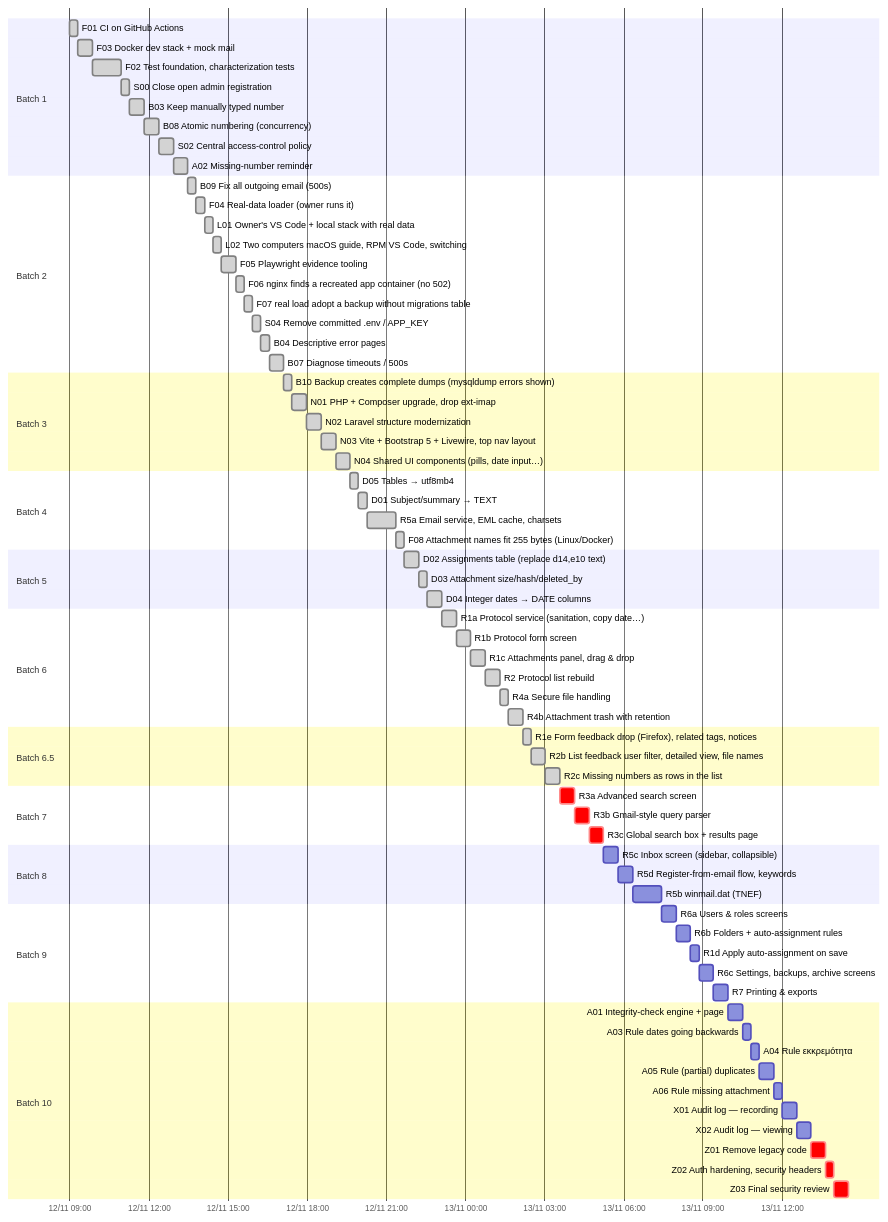
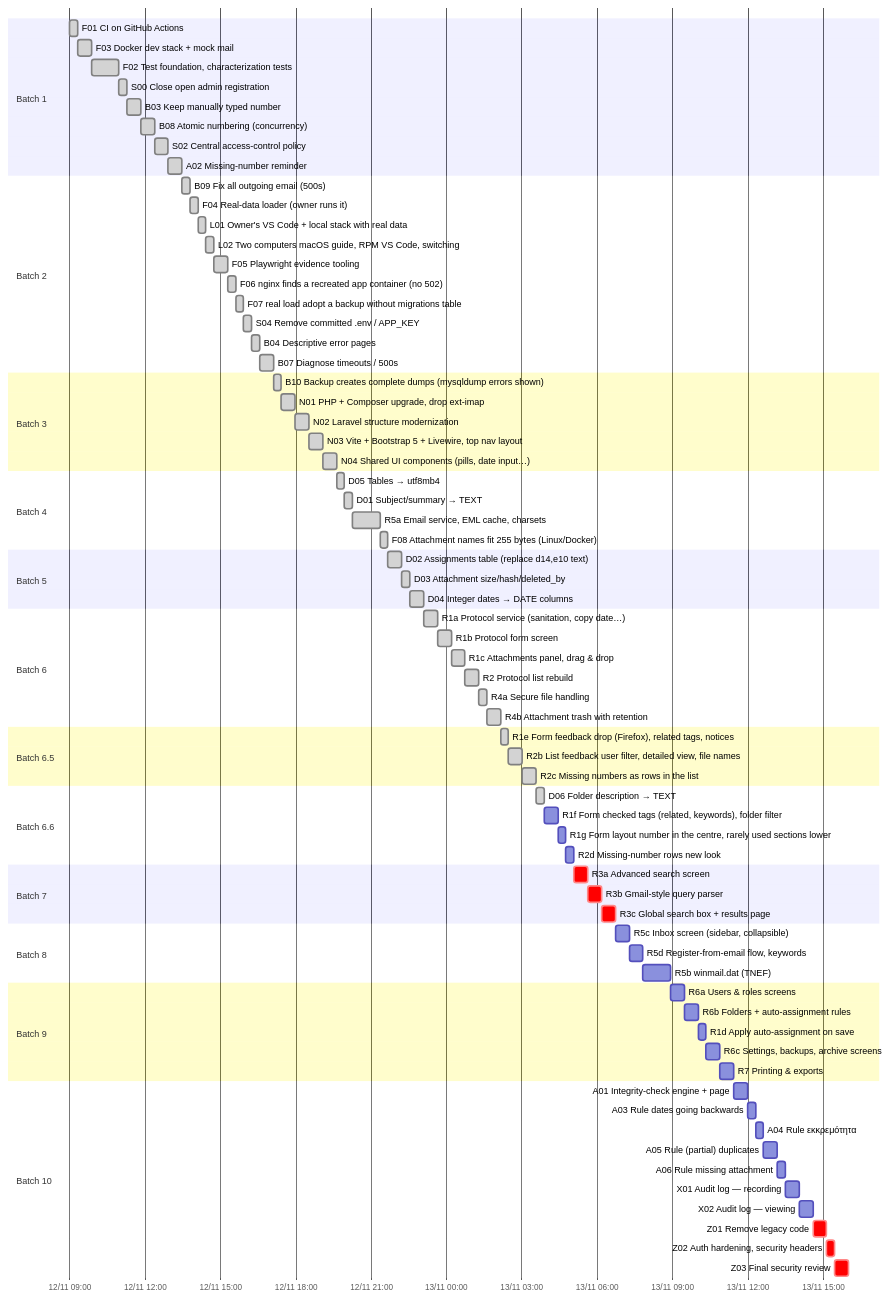
One commit to dipelaserasmus-del/electronic_protocol changed the second of 2 diagrams in docs/plan/PROGRESS.md. Above: the diagram before and after it, drawn with Mermaid. The commit also changed other lines of this file and 7 other files, not shown here.

First line of the commit message:
D06: folder description and remarks → TEXT; folders page keeps text as typed

````diff
--- a/docs/plan/PROGRESS.md
+++ b/docs/plan/PROGRESS.md
@@ -213,77 +223,82 @@
 ```mermaid
 gantt
   dateFormat YYYY-MM-DD HH:mm
   axisFormat %d/%m %H:%M
   todayMarker off
   section Batch 1
   F01 CI on GitHub Actions :done, f01, 2026-11-12 09:00, 19m
   F03 Docker dev stack + mock mail :done, f03, 2026-11-12 09:19, 33m
   F02 Test foundation, characterization tests :done, f02, 2026-11-12 09:52, 66m
   S00 Close open admin registration :done, s00, 2026-11-12 10:58, 19m
   B03 Keep manually typed number :done, b03, 2026-11-12 11:17, 33m
   B08 Atomic numbering (concurrency) :done, b08, 2026-11-12 11:50, 33m
   S02 Central access-control policy :done, s02, 2026-11-12 12:23, 33m
   A02 Missing-number reminder :done, a02, 2026-11-12 12:56, 33m
   section Batch 2
   B09 Fix all outgoing email (500s) :done, b09, 2026-11-12 13:29, 19m
   F04 Real-data loader (owner runs it) :done, f04, 2026-11-12 13:48, 19m
   L01 Owner's VS Code + local stack with real data :done, l01, 2026-11-12 14:07, 19m
   L02 Two computers  macOS guide, RPM VS Code, switching :done, l02, 2026-11-12 14:26, 19m
   F05 Playwright evidence tooling :done, f05, 2026-11-12 14:45, 33m
   F06 nginx finds a recreated app container (no 502) :done, f06, 2026-11-12 15:18, 19m
   F07 real load  adopt a backup without migrations table :done, f07, 2026-11-12 15:37, 19m
   S04 Remove committed .env / APP_KEY :done, s04, 2026-11-12 15:56, 19m
   B04 Descriptive error pages :done, b04, 2026-11-12 16:15, 19m
   B07 Diagnose timeouts / 500s :done, b07, 2026-11-12 16:34, 33m
   section Batch 3
   B10 Backup creates complete dumps (mysqldump errors shown) :done, b10, 2026-11-12 17:07, 19m
   N01 PHP + Composer upgrade, drop ext-imap :done, n01, 2026-11-12 17:26, 33m
   N02 Laravel structure modernization :done, n02, 2026-11-12 17:59, 33m
   N03 Vite + Bootstrap 5 + Livewire, top nav layout :done, n03, 2026-11-12 18:32, 33m
   N04 Shared UI components (pills, date input…) :done, n04, 2026-11-12 19:05, 33m
   section Batch 4
   D05 Tables → utf8mb4 :done, d05, 2026-11-12 19:38, 19m
   D01 Subject/summary → TEXT :done, d01, 2026-11-12 19:57, 19m
   R5a Email service, EML cache, charsets :done, r5a, 2026-11-12 20:16, 66m
   F08 Attachment names fit 255 bytes (Linux/Docker) :done, f08, 2026-11-12 21:22, 19m
   section Batch 5
   D02 Assignments table (replace d14,e10 text) :done, d02, 2026-11-12 21:41, 33m
   D03 Attachment size/hash/deleted_by :done, d03, 2026-11-12 22:14, 19m
   D04 Integer dates → DATE columns :done, d04, 2026-11-12 22:33, 33m
   section Batch 6
   R1a Protocol service (sanitation, copy date…) :done, r1a, 2026-11-12 23:06, 33m
   R1b Protocol form screen :done, r1b, 2026-11-12 23:39, 33m
   R1c Attachments panel, drag & drop :done, r1c, 2026-11-13 00:12, 33m
   R2 Protocol list rebuild :done, r2, 2026-11-13 00:45, 33m
   R4a Secure file handling :done, r4a, 2026-11-13 01:18, 19m
   R4b Attachment trash with retention :done, r4b, 2026-11-13 01:37, 33m
   section Batch 6.5
   R1e Form feedback  drop (Firefox), related tags, notices :done, r1e, 2026-11-13 02:10, 19m
   R2b List feedback  user filter, detailed view, file names :done, r2b, 2026-11-13 02:29, 33m
   R2c Missing numbers as rows in the list :done, r2c, 2026-11-13 03:02, 33m
+  section Batch 6.6
+  D06 Folder description → TEXT :done, d06, 2026-11-13 03:35, 19m
+  R1f Form  checked tags (related, keywords), folder filter :r1f, 2026-11-13 03:54, 33m
+  R1g Form layout  number in the centre, rarely used sections lower :r1g, 2026-11-13 04:27, 19m
+  R2d Missing-number rows  new look :r2d, 2026-11-13 04:46, 19m
   section Batch 7
-  R3a Advanced search screen :crit, r3a, 2026-11-13 03:35, 33m
-  R3b Gmail-style query parser :crit, r3b, 2026-11-13 04:08, 33m
-  R3c Global search box + results page :crit, r3c, 2026-11-13 04:41, 33m
+  R3a Advanced search screen :crit, r3a, 2026-11-13 05:05, 33m
+  R3b Gmail-style query parser :crit, r3b, 2026-11-13 05:38, 33m
+  R3c Global search box + results page :crit, r3c, 2026-11-13 06:11, 33m
   section Batch 8
-  R5c Inbox screen (sidebar, collapsible) :r5c, 2026-11-13 05:14, 33m
-  R5d Register-from-email flow, keywords :r5d, 2026-11-13 05:47, 33m
-  R5b winmail.dat (TNEF) :r5b, 2026-11-13 06:20, 66m
+  R5c Inbox screen (sidebar, collapsible) :r5c, 2026-11-13 06:44, 33m
+  R5d Register-from-email flow, keywords :r5d, 2026-11-13 07:17, 33m
+  R5b winmail.dat (TNEF) :r5b, 2026-11-13 07:50, 66m
   section Batch 9
-  R6a Users & roles screens :r6a, 2026-11-13 07:26, 33m
-  R6b Folders + auto-assignment rules :r6b, 2026-11-13 07:59, 33m
-  R1d Apply auto-assignment on save :r1d, 2026-11-13 08:32, 19m
-  R6c Settings, backups, archive screens :r6c, 2026-11-13 08:51, 33m
-  R7 Printing & exports :r7, 2026-11-13 09:24, 33m
+  R6a Users & roles screens :r6a, 2026-11-13 08:56, 33m
+  R6b Folders + auto-assignment rules :r6b, 2026-11-13 09:29, 33m
+  R1d Apply auto-assignment on save :r1d, 2026-11-13 10:02, 19m
+  R6c Settings, backups, archive screens :r6c, 2026-11-13 10:21, 33m
+  R7 Printing & exports :r7, 2026-11-13 10:54, 33m
   section Batch 10
-  A01 Integrity-check engine + page :a01, 2026-11-13 09:57, 33m
-  A03 Rule  dates going backwards :a03, 2026-11-13 10:30, 19m
-  A04 Rule  εκκρεμότητα :a04, 2026-11-13 10:49, 19m
-  A05 Rule  (partial) duplicates :a05, 2026-11-13 11:08, 33m
-  A06 Rule  missing attachment :a06, 2026-11-13 11:41, 19m
-  X01 Audit log — recording :x01, 2026-11-13 12:00, 33m
-  X02 Audit log — viewing :x02, 2026-11-13 12:33, 33m
-  Z01 Remove legacy code :crit, z01, 2026-11-13 13:06, 33m
-  Z02 Auth hardening, security headers :crit, z02, 2026-11-13 13:39, 19m
-  Z03 Final security review :crit, z03, 2026-11-13 13:58, 33m
+  A01 Integrity-check engine + page :a01, 2026-11-13 11:27, 33m
+  A03 Rule  dates going backwards :a03, 2026-11-13 12:00, 19m
+  A04 Rule  εκκρεμότητα :a04, 2026-11-13 12:19, 19m
+  A05 Rule  (partial) duplicates :a05, 2026-11-13 12:38, 33m
+  A06 Rule  missing attachment :a06, 2026-11-13 13:11, 19m
+  X01 Audit log — recording :x01, 2026-11-13 13:30, 33m
+  X02 Audit log — viewing :x02, 2026-11-13 14:03, 33m
+  Z01 Remove legacy code :crit, z01, 2026-11-13 14:36, 33m
+  Z02 Auth hardening, security headers :crit, z02, 2026-11-13 15:09, 19m
+  Z03 Final security review :crit, z03, 2026-11-13 15:28, 33m
 ```
````
